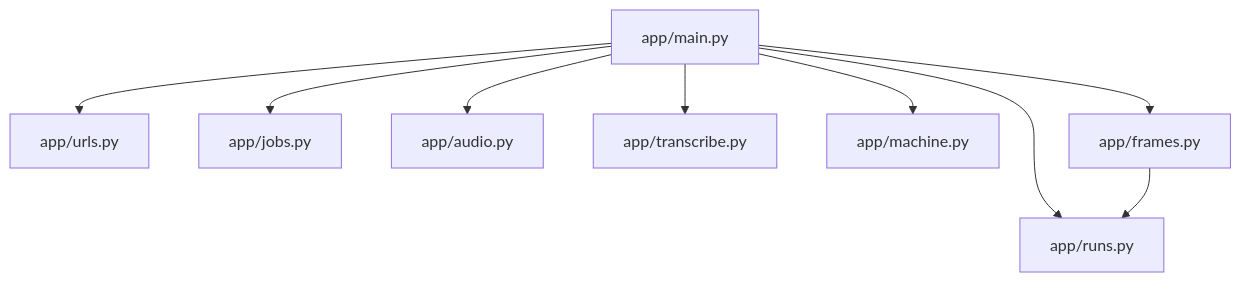
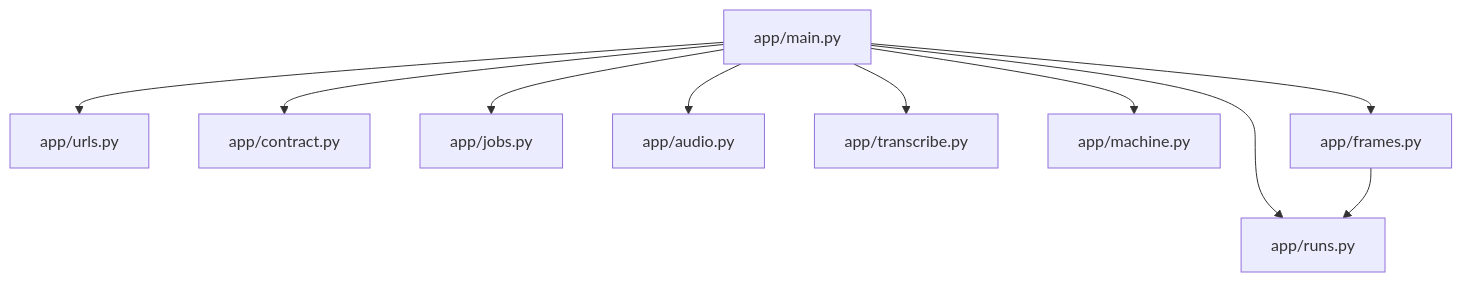
The diagram in aidd_docs/memory/codebase-map.md (kevpdev/yt-transcriber), drawn with Mermaid before and after one commit. The commit also changed other lines of this file and 5 other files, not shown here.

````diff
--- a/aidd_docs/memory/codebase-map.md
+++ b/aidd_docs/memory/codebase-map.md
@@ -5,11 +5,12 @@
 ```mermaid
 flowchart TD
     main["app/main.py"] --> urls["app/urls.py"]
+    main --> contract["app/contract.py"]
     main --> jobs["app/jobs.py"]
     main --> audio["app/audio.py"]
     main --> transcribe["app/transcribe.py"]
     main --> runs["app/runs.py"]
     main --> machine["app/machine.py"]
     main --> frames["app/frames.py"]
     frames --> runs
 ```
````
